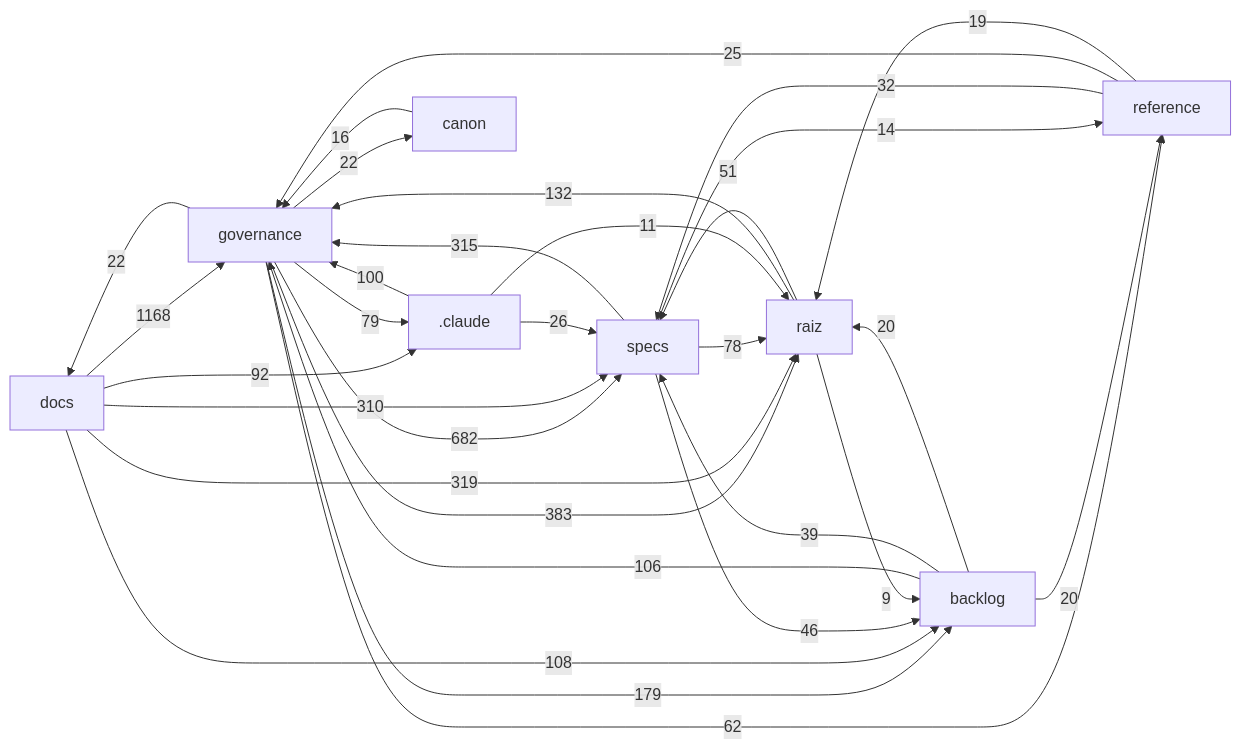
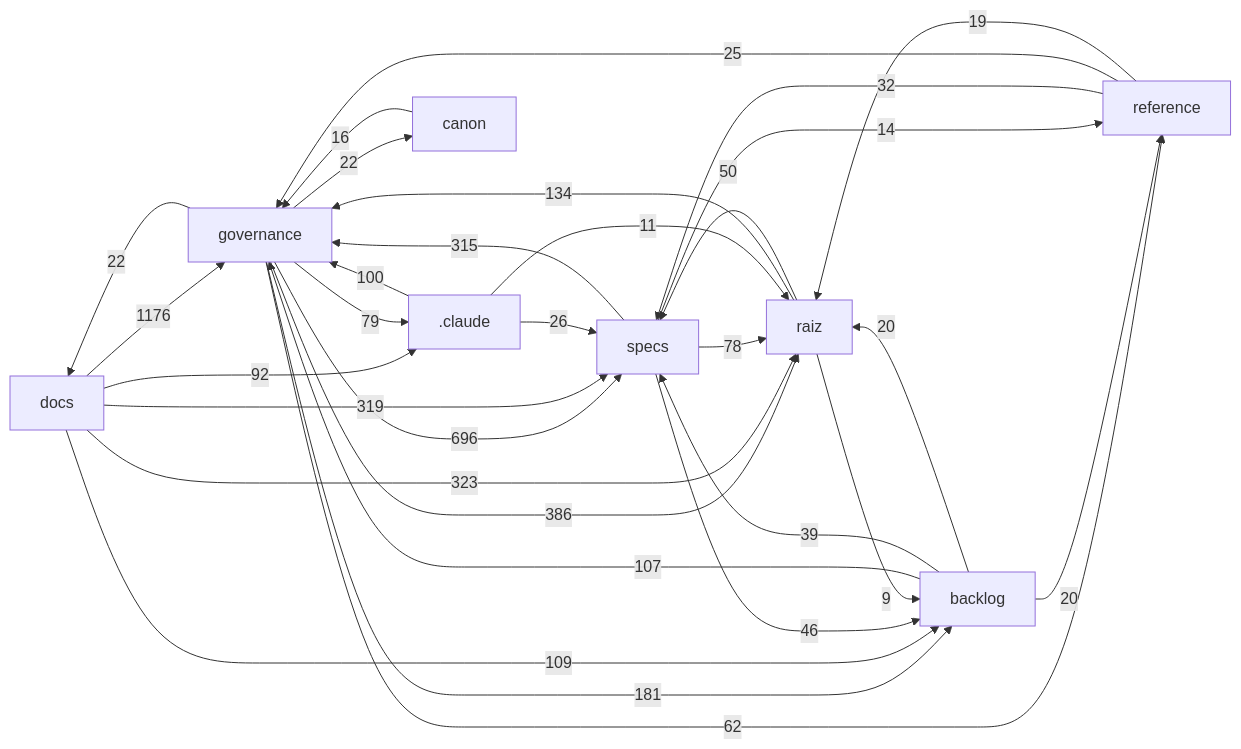
Before and after one commit to Andraus35/Sistema-Operacional-de-Trading--SOT: the diagram in docs/mapa/MAPA-PROJETO.md, drawn with Mermaid. The commit also changed other lines of this file and 7 other files, not shown here.

First line of the commit message:
DHR-SPEC007-002: ata da divisao da SPEC-007 (Opcao C) e slot SPEC-048; ROADMAP, CATALOGO e BL-017 atualizados; HANDOFF HO-71

````diff
--- a/docs/mapa/MAPA-PROJETO.md
+++ b/docs/mapa/MAPA-PROJETO.md
@@ -29,33 +29,33 @@
 ```mermaid
 flowchart LR
-  docs["docs"] -->|1168| governance["governance"]
-  governance["governance"] -->|682| specs["specs"]
-  governance["governance"] -->|383| raiz["raiz"]
-  docs["docs"] -->|319| raiz["raiz"]
+  docs["docs"] -->|1176| governance["governance"]
+  governance["governance"] -->|696| specs["specs"]
+  governance["governance"] -->|386| raiz["raiz"]
+  docs["docs"] -->|323| raiz["raiz"]
+  docs["docs"] -->|319| specs["specs"]
   specs["specs"] -->|315| governance["governance"]
-  docs["docs"] -->|310| specs["specs"]
-  governance["governance"] -->|179| backlog["backlog"]
-  raiz["raiz"] -->|132| governance["governance"]
-  docs["docs"] -->|108| backlog["backlog"]
-  backlog["backlog"] -->|106| governance["governance"]
+  governance["governance"] -->|181| backlog["backlog"]
+  raiz["raiz"] -->|134| governance["governance"]
+  docs["docs"] -->|109| backlog["backlog"]
+  backlog["backlog"] -->|107| governance["governance"]
   _claude[".claude"] -->|100| governance["governance"]
   docs["docs"] -->|92| _claude[".claude"]
   governance["governance"] -->|79| _claude[".claude"]
   specs["specs"] -->|78| raiz["raiz"]
   governance["governance"] -->|62| reference["reference"]
-  raiz["raiz"] -->|51| specs["specs"]
+  raiz["raiz"] -->|50| specs["specs"]
   specs["specs"] -->|46| backlog["backlog"]
   backlog["backlog"] -->|39| specs["specs"]
   reference["reference"] -->|32| specs["specs"]
   _claude[".claude"] -->|26| specs["specs"]
   reference["reference"] -->|25| governance["governance"]
   governance["governance"] -->|22| docs["docs"]
   governance["governance"] -->|22| canon["canon"]
   backlog["backlog"] -->|20| raiz["raiz"]
   backlog["backlog"] -->|20| reference["reference"]
   reference["reference"] -->|19| raiz["raiz"]
   canon["canon"] -->|16| governance["governance"]
   specs["specs"] -->|14| reference["reference"]
   _claude[".claude"] -->|11| raiz["raiz"]
   raiz["raiz"] -->|9| backlog["backlog"]
 ```
````
